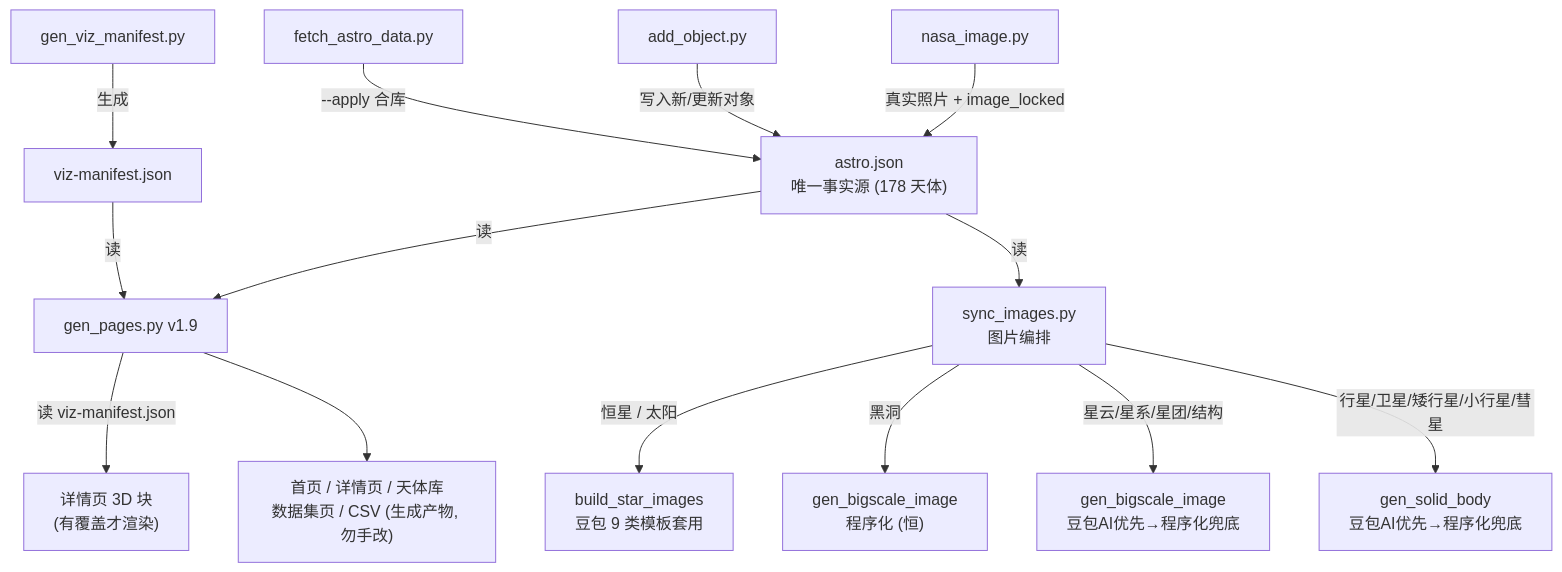
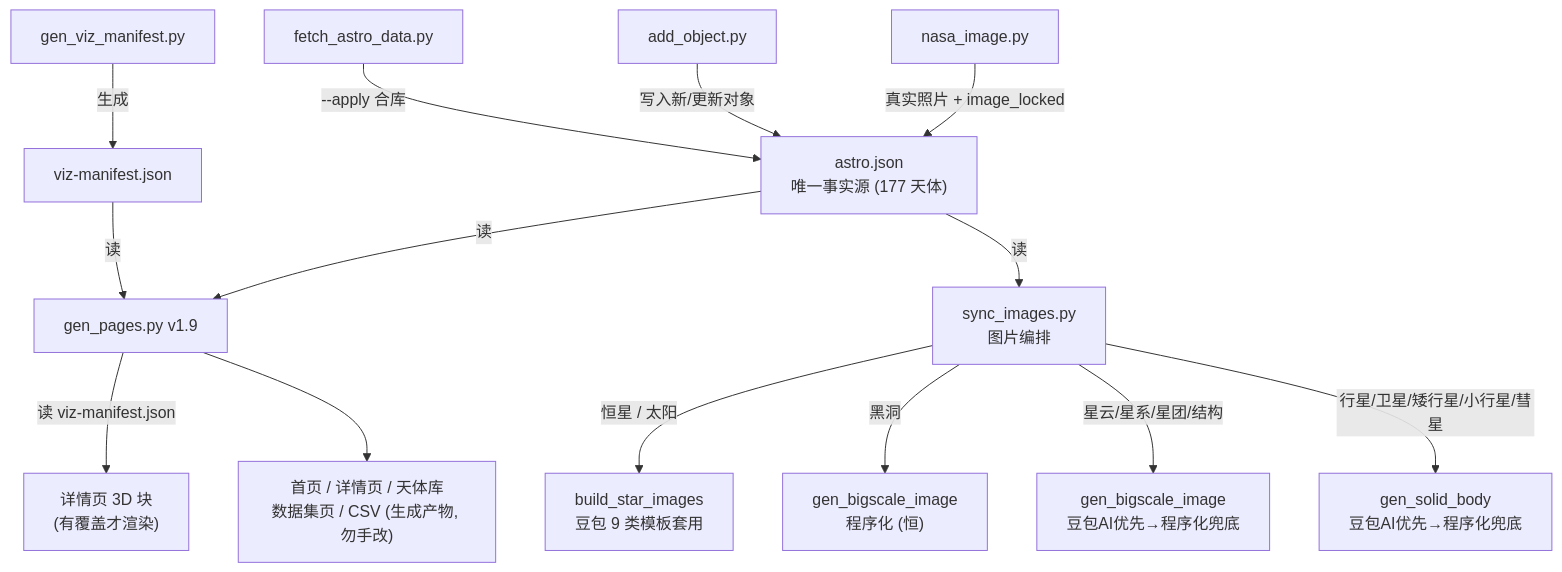
The first of 6 diagrams in 维护指南.md (yufengwolf/astro-blog), drawn with Mermaid before and after one commit. The commit also changed other lines of this file and 197 other files, not shown here.

````diff
--- a/维护指南.md
+++ b/维护指南.md
@@ -11,16 +11,16 @@
 ```mermaid
 flowchart TD
-    A["astro.json<br/>唯一事实源 (178 天体)"] -->|读| B["gen_pages.py v1.9"]
+    A["astro.json<br/>唯一事实源 (177 天体)"] -->|读| B["gen_pages.py v1.9"]
     B -->|读 viz-manifest.json| V["详情页 3D 块<br/>(有覆盖才渲染)"]
     B --> C["首页 / 详情页 / 天体库<br/>数据集页 / CSV (生成产物, 勿手改)"]
     VM["gen_viz_manifest.py"] -->|生成| VMF["viz-manifest.json"]
     VMF -->|读| B
     A -->|读| D["sync_images.py<br/>图片编排"]
     D -->|恒星 / 太阳| E["build_star_images<br/>豆包 9 类模板套用"]
     D -->|黑洞| F0["gen_bigscale_image<br/>程序化 (恒)"]
     D -->|星云/星系/星团/结构| F["gen_bigscale_image<br/>豆包AI优先→程序化兜底"]
     D -->|行星/卫星/矮行星/小行星/彗星| G["gen_solid_body<br/>豆包AI优先→程序化兜底"]
     H["nasa_image.py"] -->|真实照片 + image_locked| A
     I["add_object.py"] -->|写入新/更新对象| A
     J["fetch_astro_data.py"] -->|--apply 合库| A
 ```
````
